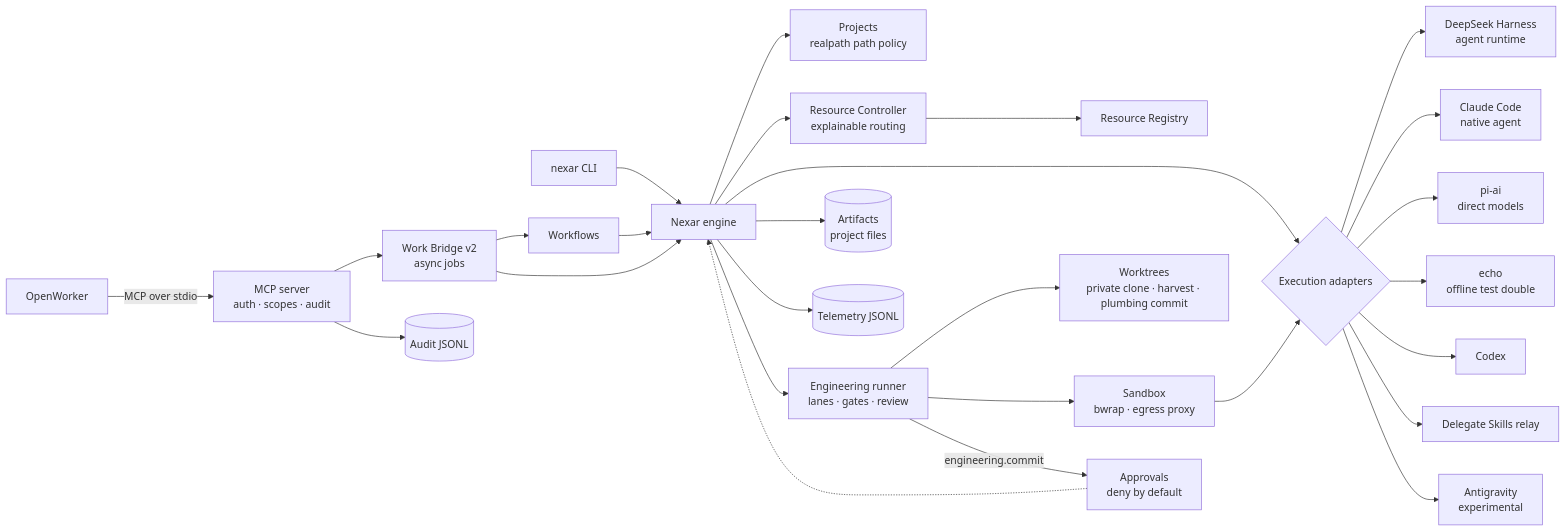
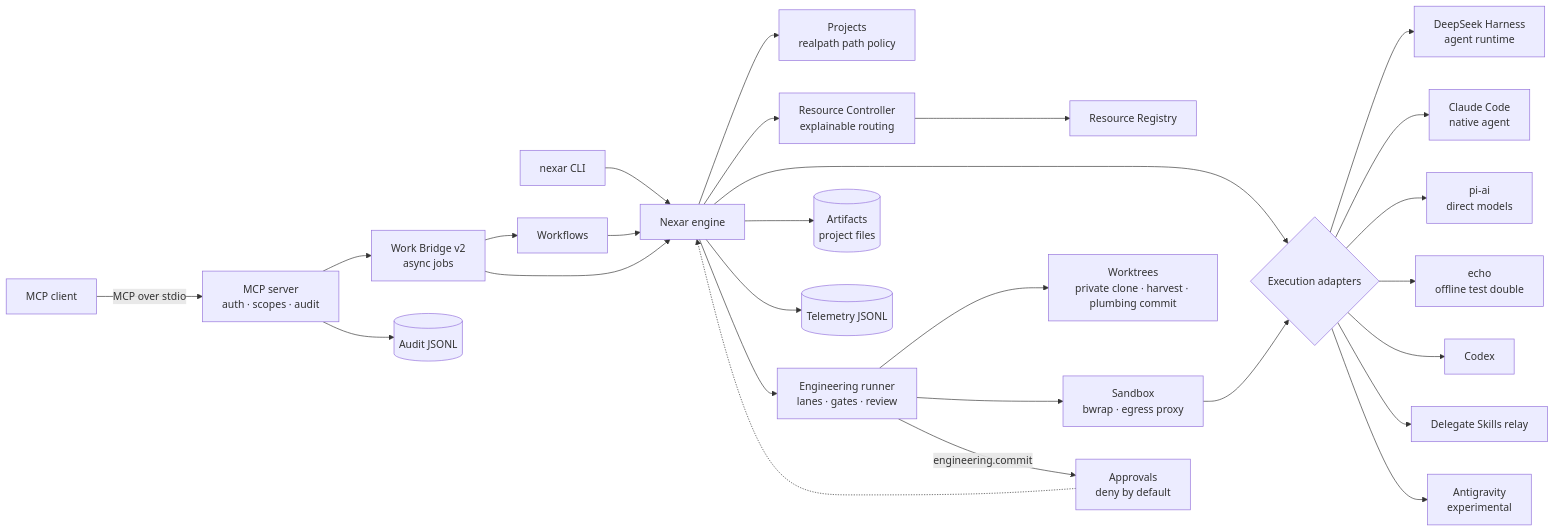
The diagram in README.md (mohmedhat797/Nexar-Ai), drawn with Mermaid before and after one commit. The commit also changed other lines of this file and 91 other files, not shown here.

First line of the commit message:
refactor: remove OpenWorker from every execution path (UDSH-06)

````diff
--- a/README.md
+++ b/README.md
@@ -35,29 +35,29 @@
 ```mermaid
 flowchart LR
   CLI[nexar CLI] --> ENG[Nexar engine]
-  OW[OpenWorker] -- "MCP over stdio" --> MCP[MCP server<br/>auth · scopes · audit]
+  MC[MCP client] -- "MCP over stdio" --> MCP[MCP server<br/>auth · scopes · audit]
   MCP --> WB[Work Bridge v2<br/>async jobs]
   WB --> WF[Workflows]
   WB --> ENG
   WF --> ENG
   ENG --> PRJ[Projects<br/>realpath path policy]
   ENG --> NRC[Resource Controller<br/>explainable routing]
   NRC --> REG[Resource Registry]
   ENG --> AD{Execution adapters}
   AD --> DSH[DeepSeek Harness<br/>agent runtime]
   AD --> CC[Claude Code<br/>native agent]
   AD --> PI[pi-ai<br/>direct models]
   AD --> ECHO[echo<br/>offline test double]
   ENG --> ART[(Artifacts<br/>project files)]
   ENG --> TEL[(Telemetry JSONL)]
   MCP --> AUD[(Audit JSONL)]
   APR[Approvals<br/>deny by default] -.-> ENG
   ENG --> EGR[Engineering runner<br/>lanes · gates · review]
   EGR --> WT[Worktrees<br/>private clone · harvest · plumbing commit]
   EGR --> SBX[Sandbox<br/>bwrap · egress proxy]
   SBX --> AD
   EGR -- "engineering.commit" --> APR
   AD --> CX[Codex]
   AD --> DS[Delegate Skills relay]
   AD --> AGY[Antigravity<br/>experimental]
 ```
````
